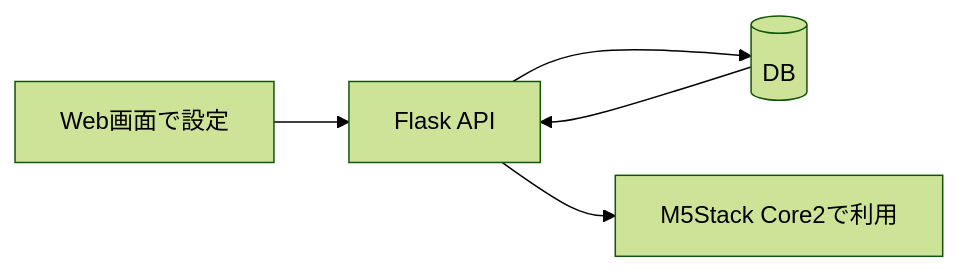
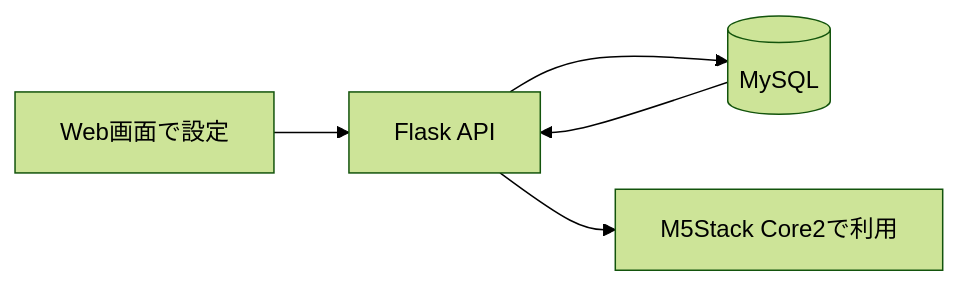
Before and after one commit to shinkai23/tickstack-portfolio: the diagram in docs/02_problem_solution.md, drawn with Mermaid (forest theme). The commit also changed 17 other files, not shown here.

````diff
--- a/docs/02_problem_solution.md
+++ b/docs/02_problem_solution.md
@@ -27,7 +27,7 @@
 ```mermaid
 flowchart LR
     Setting[Web画面で設定] --> API[Flask API]
-    API --> DB[(DB)]
+    API --> DB[(MySQL)]
     DB --> API
     API --> Device[M5Stack Core2で利用]
 ```
````
